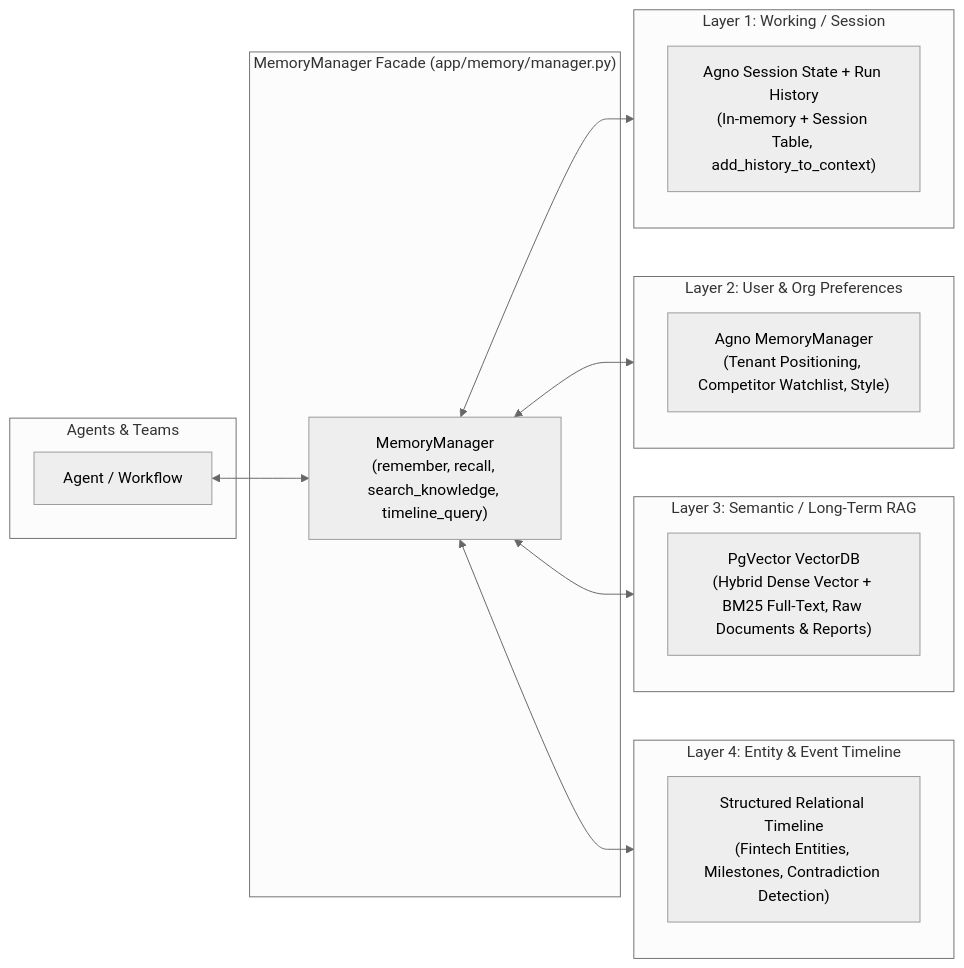
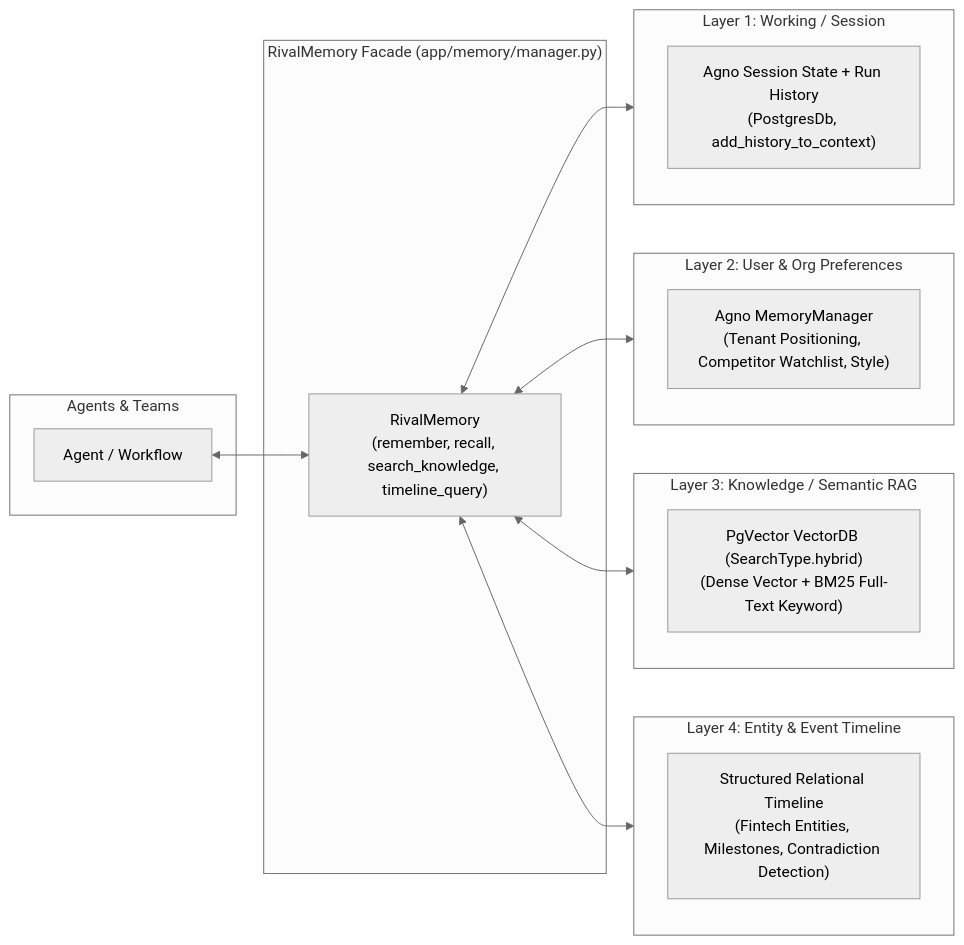
Before and after one commit to bhanushakya2004/RivalScope: the second of 3 diagrams in ARCHITECTURE.md, drawn with Mermaid (neutral theme). The commit also changed other lines of this file and 44 other files, not shown here.

Commit message:
feat: complete Phase 1 base app, mock model, providers, docker services, updated ADRs and architecture

````diff
--- a/ARCHITECTURE.md
+++ b/ARCHITECTURE.md
@@ -126,32 +131,32 @@
 ```mermaid
 flowchart LR
     subgraph Agents["Agents & Teams"]
         A["Agent / Workflow"]
     end
 
-    subgraph Facade["MemoryManager Facade (app/memory/manager.py)"]
-        MM["MemoryManager\n(remember, recall, search_knowledge, timeline_query)"]
+    subgraph Facade["RivalMemory Facade (app/memory/manager.py)"]
+        RM["RivalMemory\n(remember, recall, search_knowledge, timeline_query)"]
     end
 
     subgraph L1["Layer 1: Working / Session"]
-        M1["Agno Session State + Run History\n(In-memory + Session Table, add_history_to_context)"]
+        M1["Agno Session State + Run History\n(PostgresDb, add_history_to_context)"]
     end
 
     subgraph L2["Layer 2: User & Org Preferences"]
         M2["Agno MemoryManager\n(Tenant Positioning, Competitor Watchlist, Style)"]
     end
 
-    subgraph L3["Layer 3: Semantic / Long-Term RAG"]
-        M3["PgVector VectorDB\n(Hybrid Dense Vector + BM25 Full-Text, Raw Documents & Reports)"]
+    subgraph L3["Layer 3: Knowledge / Semantic RAG"]
+        M3["PgVector VectorDB (SearchType.hybrid)\n(Dense Vector + BM25 Full-Text Keyword)"]
     end
 
     subgraph L4["Layer 4: Entity & Event Timeline"]
         M4["Structured Relational Timeline\n(Fintech Entities, Milestones, Contradiction Detection)"]
     end
 
-    A <--> MM
-    MM <--> L1
-    MM <--> L2
-    MM <--> L3
-    MM <--> L4
+    A <--> RM
+    RM <--> L1
+    RM <--> L2
+    RM <--> L3
+    RM <--> L4
 ```
````
